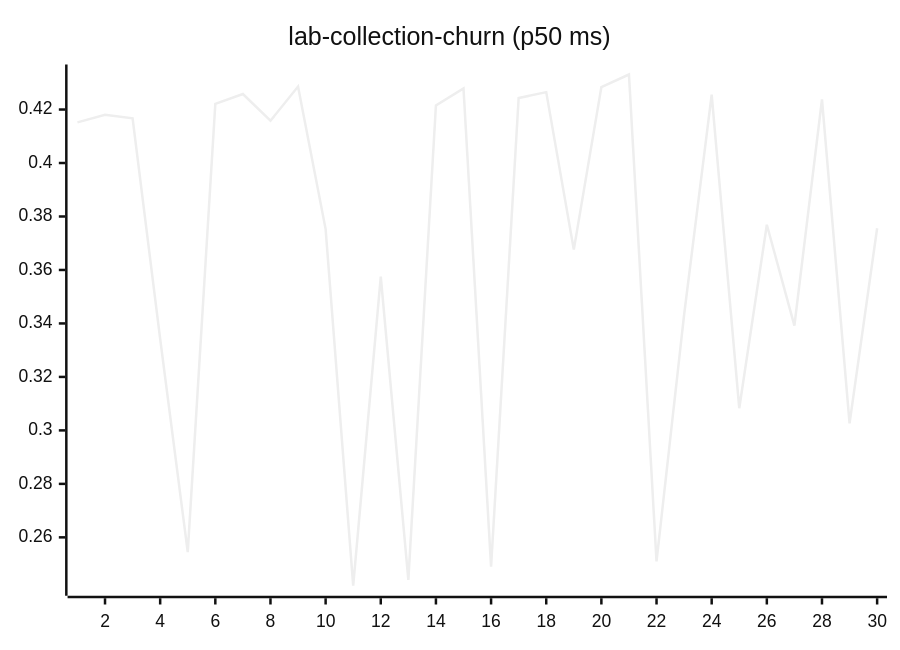
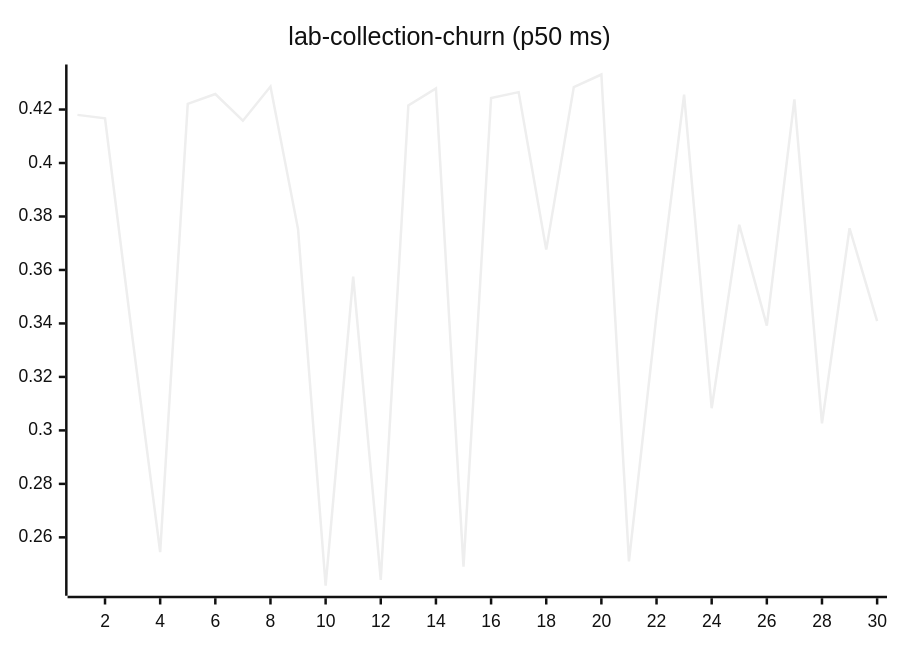
One commit to josha/Facet changed diagram 11 of 27 in README.md. Above: the diagram before and after it, drawn with Mermaid (neutral theme). The commit also changed other lines of this file and 2 other files, not shown here.

````diff
--- a/README.md
+++ b/README.md
@@ -133,6 +133,6 @@
 ```mermaid
 xychart-beta
     title "lab-collection-churn (p50 ms)"
     x-axis 1 --> 30
-    line [0.4152, 0.4180, 0.4167, 0.3342, 0.2545, 0.4221, 0.4258, 0.4158, 0.4286, 0.3753, 0.2419, 0.3575, 0.2441, 0.4215, 0.4279, 0.2490, 0.4243, 0.4265, 0.3676, 0.4284, 0.4331, 0.2510, 0.3432, 0.4256, 0.3083, 0.3769, 0.3392, 0.4238, 0.3026, 0.3756]
+    line [0.4180, 0.4167, 0.3342, 0.2545, 0.4221, 0.4258, 0.4158, 0.4286, 0.3753, 0.2419, 0.3575, 0.2441, 0.4215, 0.4279, 0.2490, 0.4243, 0.4265, 0.3676, 0.4284, 0.4331, 0.2510, 0.3432, 0.4256, 0.3083, 0.3769, 0.3392, 0.4238, 0.3026, 0.3756, 0.3409]
 ```
````
